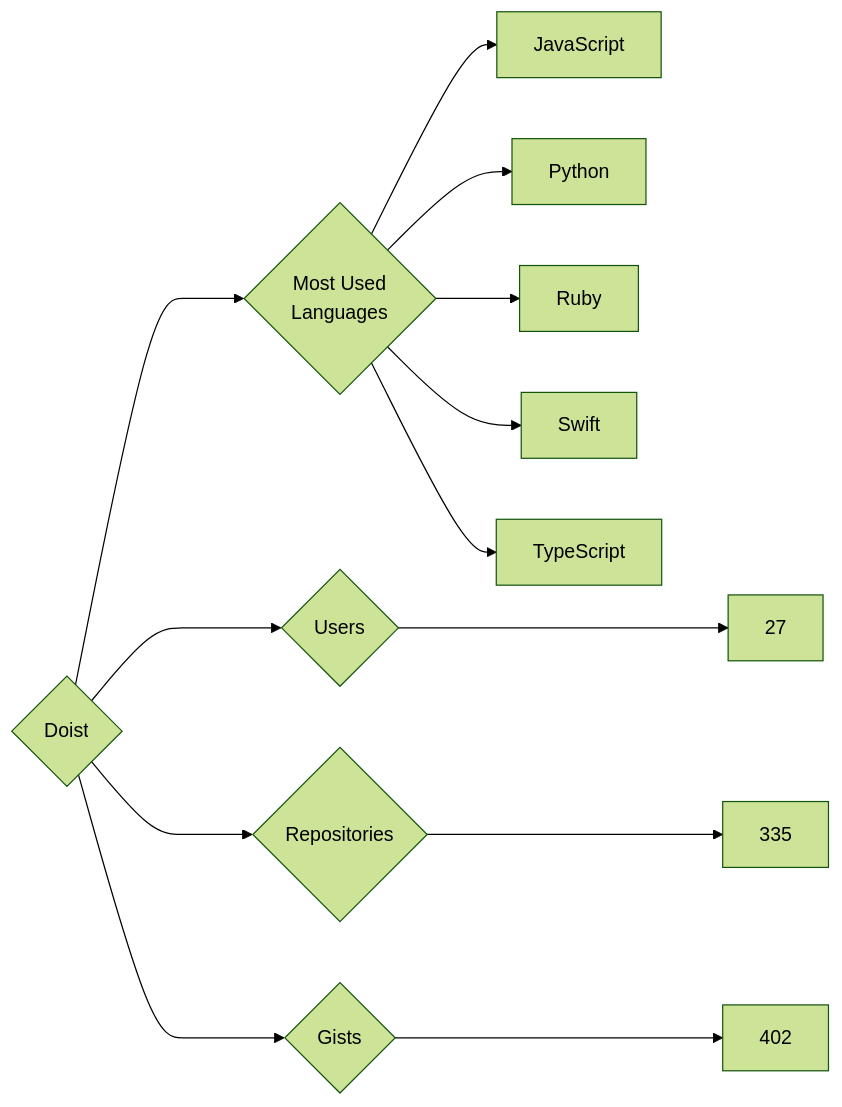
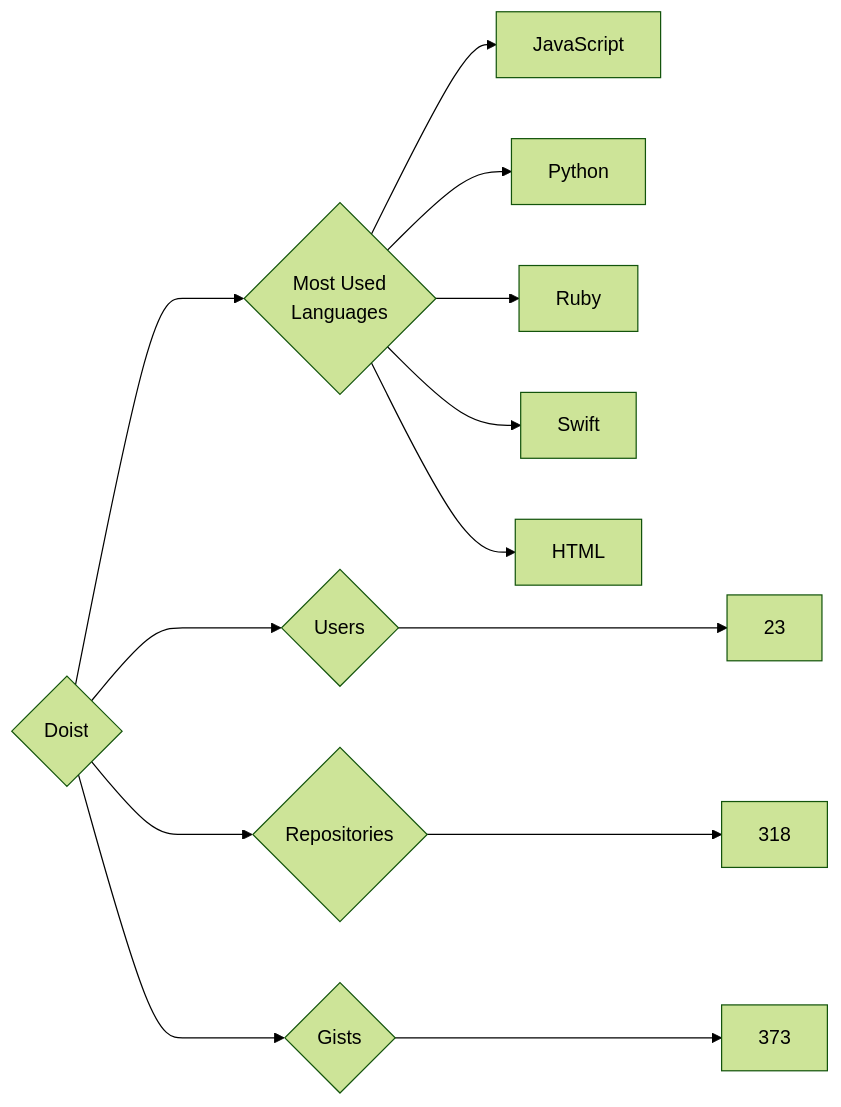
Before and after one commit to trickest/insiders: the diagram in targets/Doist/README.md, drawn with Mermaid (forest theme). The commit also changed 965 other files, not shown here.

````diff
--- a/targets/Doist/README.md
+++ b/targets/Doist/README.md
@@ -3,13 +3,13 @@
 ```mermaid
 graph LR
 COMPANY_NAME{Doist}
-COMPANY_NAME ---> U{Users} ---> UN[27]
-COMPANY_NAME ---> R{Repositories} ---> RN[335]
-COMPANY_NAME ---> G{Gists} ---> GN[402]
+COMPANY_NAME ---> U{Users} ---> UN[23]
+COMPANY_NAME ---> R{Repositories} ---> RN[318]
+COMPANY_NAME ---> G{Gists} ---> GN[373]
 COMPANY_NAME ---> ML{Most Used<br>Languages}
 ML --> JavaScript[JavaScript]
 ML --> Python[Python]
 ML --> Ruby[Ruby]
 ML --> Swift[Swift]
-ML --> TypeScript[TypeScript]
+ML --> HTML[HTML]
 ```
````
